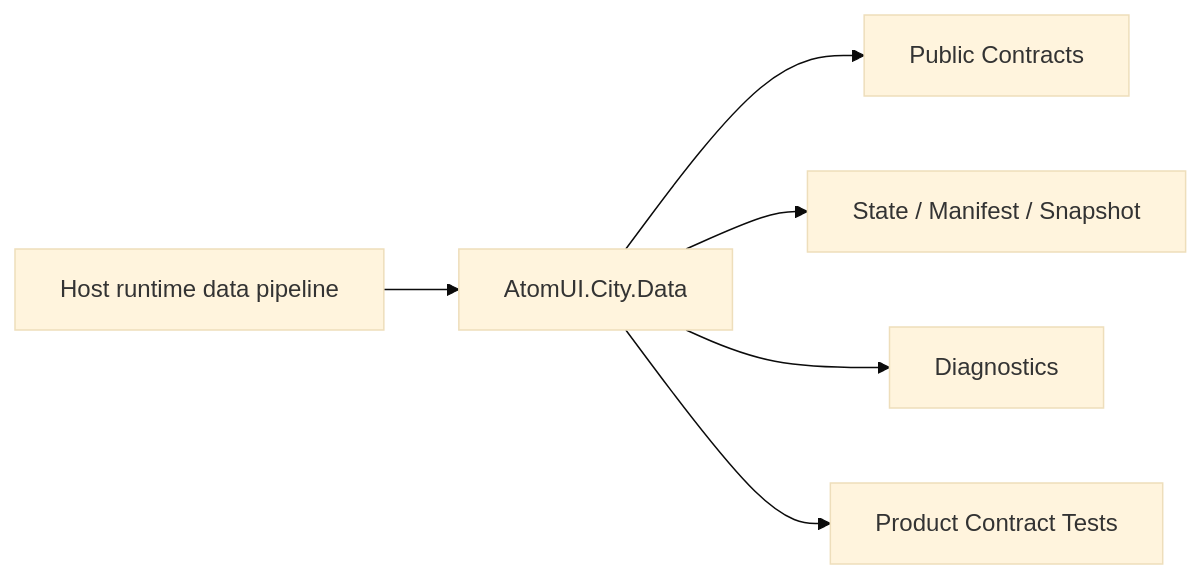
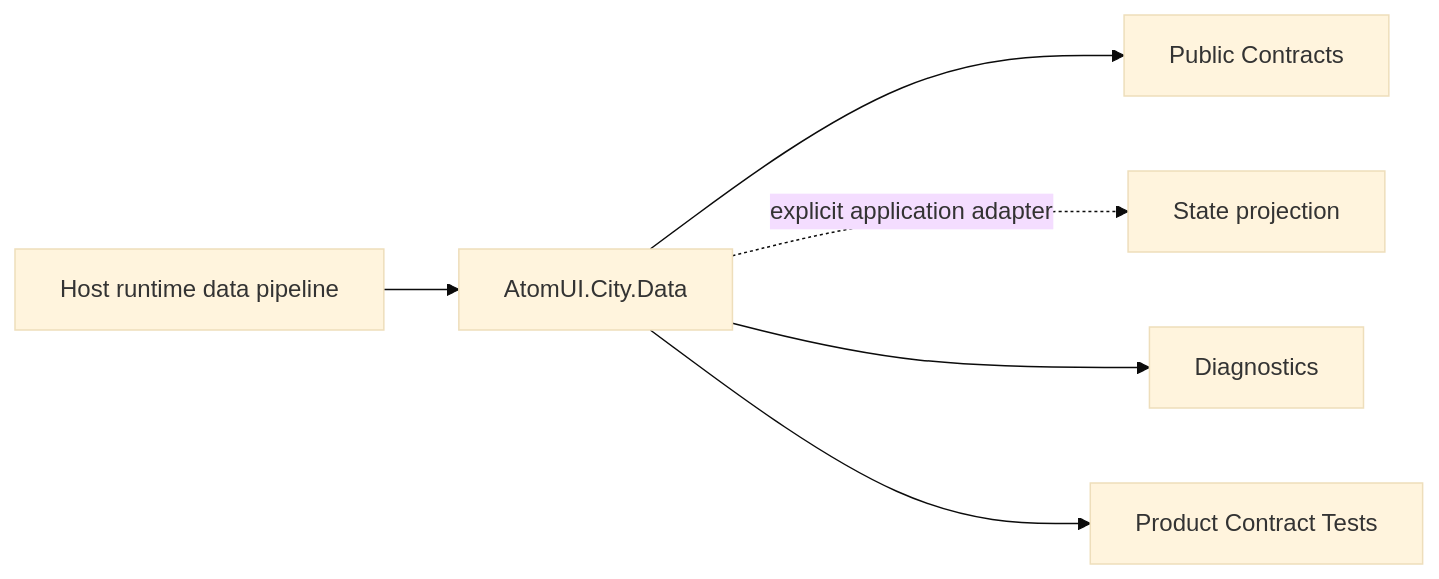
One commit to 294740219/AtomUI.City changed the diagram in docs/modules/data/architecture.md. Above: the diagram before and after it, drawn with Mermaid (base theme). The commit also changed other lines of this file and 123 other files, not shown here.

````diff
--- a/docs/modules/data/architecture.md
+++ b/docs/modules/data/architecture.md
@@ -56,8 +56,8 @@
 ```mermaid
 flowchart LR
     Boundary["Host runtime data pipeline"] --> Module["AtomUI.City.Data"]
     Module --> Contracts["Public Contracts"]
-    Module --> State["State / Manifest / Snapshot"]
+    Module -. explicit application adapter .-> State["State projection"]
     Module --> Diagnostics["Diagnostics"]
     Module --> Tests["Product Contract Tests"]
 ```
````
